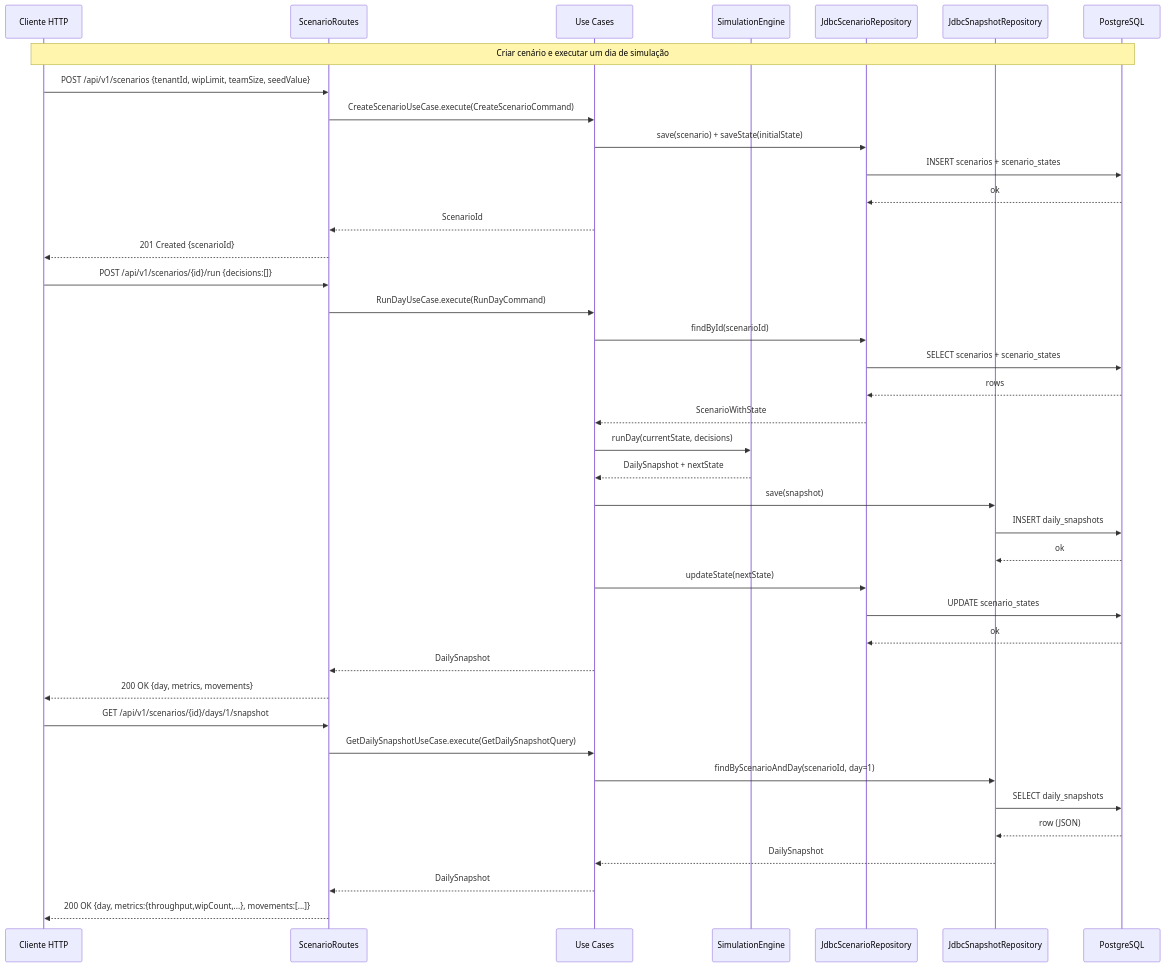
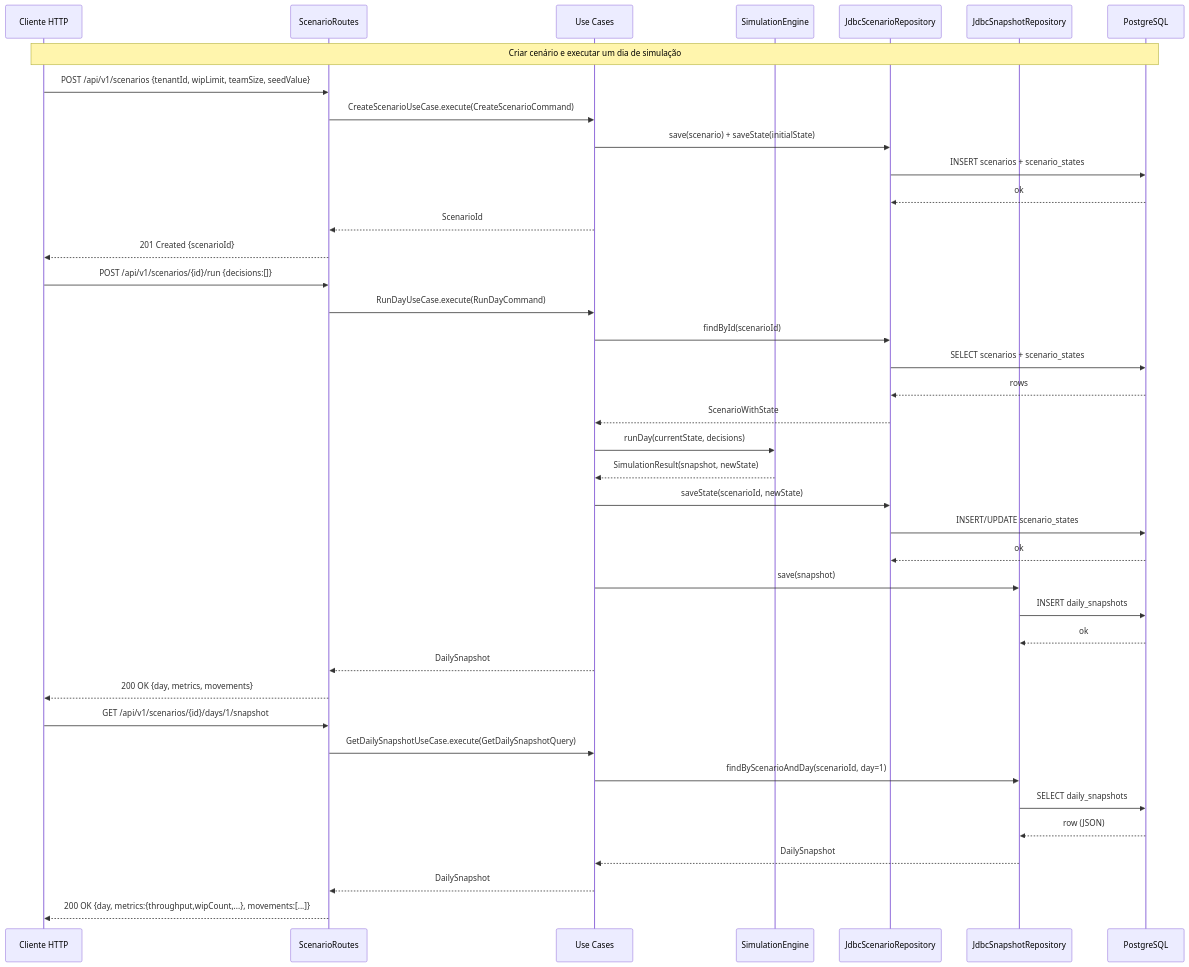
One commit to agnaldo4j/kanban-vision-api-kt changed the sixth of 7 diagrams in README.md. Above: the diagram before and after it, drawn with Mermaid.

Commit message:
Potential fix for pull request finding

````diff
--- a/README.md
+++ b/README.md
@@ -243,46 +243,46 @@
 ```mermaid
 sequenceDiagram
   participant C as Cliente HTTP
   participant R as ScenarioRoutes
   participant UC as Use Cases
   participant SE as SimulationEngine
   participant SR as JdbcScenarioRepository
   participant SS as JdbcSnapshotRepository
   participant DB as PostgreSQL
 
   Note over C,DB: Criar cenário e executar um dia de simulação
 
   C->>R: POST /api/v1/scenarios {tenantId, wipLimit, teamSize, seedValue}
   R->>UC: CreateScenarioUseCase.execute(CreateScenarioCommand)
   UC->>SR: save(scenario) + saveState(initialState)
   SR->>DB: INSERT scenarios + scenario_states
   DB-->>SR: ok
   UC-->>R: ScenarioId
   R-->>C: 201 Created {scenarioId}
 
   C->>R: POST /api/v1/scenarios/{id}/run {decisions:[]}
   R->>UC: RunDayUseCase.execute(RunDayCommand)
   UC->>SR: findById(scenarioId)
   SR->>DB: SELECT scenarios + scenario_states
   DB-->>SR: rows
   SR-->>UC: ScenarioWithState
   UC->>SE: runDay(currentState, decisions)
-  SE-->>UC: DailySnapshot + nextState
+  SE-->>UC: SimulationResult(snapshot, newState)
+  UC->>SR: saveState(scenarioId, newState)
+  SR->>DB: INSERT/UPDATE scenario_states
+  DB-->>SR: ok
   UC->>SS: save(snapshot)
   SS->>DB: INSERT daily_snapshots
   DB-->>SS: ok
-  UC->>SR: updateState(nextState)
-  SR->>DB: UPDATE scenario_states
-  DB-->>SR: ok
   UC-->>R: DailySnapshot
   R-->>C: 200 OK {day, metrics, movements}
 
   C->>R: GET /api/v1/scenarios/{id}/days/1/snapshot
   R->>UC: GetDailySnapshotUseCase.execute(GetDailySnapshotQuery)
   UC->>SS: findByScenarioAndDay(scenarioId, day=1)
   SS->>DB: SELECT daily_snapshots
   DB-->>SS: row (JSON)
   SS-->>UC: DailySnapshot
   UC-->>R: DailySnapshot
   R-->>C: 200 OK {day, metrics:{throughput,wipCount,...}, movements:[...]}
 ```
````
